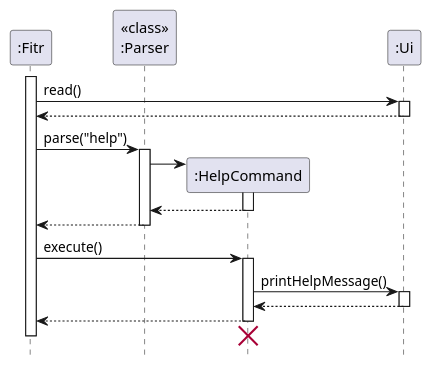
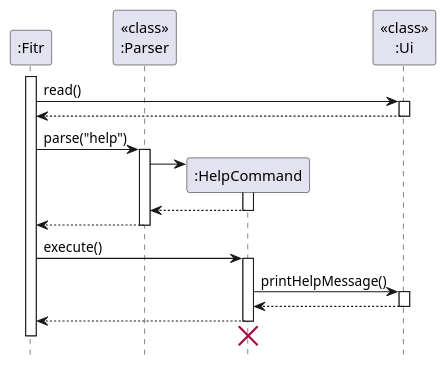
One commit to nus-cs2113-AY2021S1/tp changed the diagram in docs/diagrams/HelpCommandSequenceDiagram.puml. Above: the diagram before and after it, drawn with PlantUML. The commit also changed 6 other files, not shown here.

```diff
--- a/docs/diagrams/HelpCommandSequenceDiagram.puml
+++ b/docs/diagrams/HelpCommandSequenceDiagram.puml
@@ -1,37 +1,37 @@
 @startuml
 skinparam Shadowing false
 
 participant ":Fitr"
 participant "<<class>>\n:Parser"
 participant ":HelpCommand"
 
 activate ":Fitr"
-":Fitr" -> ":Ui" : read()
-activate ":Ui"
-":Fitr" <-- ":Ui"
-deactivate ":Ui"
+":Fitr" -> "<<class>>\n:Ui" : read()
+activate "<<class>>\n:Ui"
+":Fitr" <-- "<<class>>\n:Ui"
+deactivate "<<class>>\n:Ui"
 
 ":Fitr" -> "<<class>>\n:Parser" : parse("help")
 activate "<<class>>\n:Parser"
 create ":HelpCommand"
 "<<class>>\n:Parser" -> ":HelpCommand" ++
 return
 ":Fitr" <-- "<<class>>\n:Parser"
 deactivate "<<class>>\n:Parser"
 
 
 ":Fitr" -> ":HelpCommand" : execute()
 activate ":HelpCommand"
-":HelpCommand" -> ":Ui" : printHelpMessage()
-activate ":Ui"
+":HelpCommand" -> "<<class>>\n:Ui" : printHelpMessage()
+activate "<<class>>\n:Ui"
 return
 
 ":HelpCommand" --> ":Fitr"
 deactivate ":HelpCommand"
 'To position the delete symbol below activation bar
 ":HelpCommand" -[hidden]-> ":Fitr"
 destroy ":HelpCommand"
 deactivate ":Fitr"
 
 hide footbox
 @enduml
```
